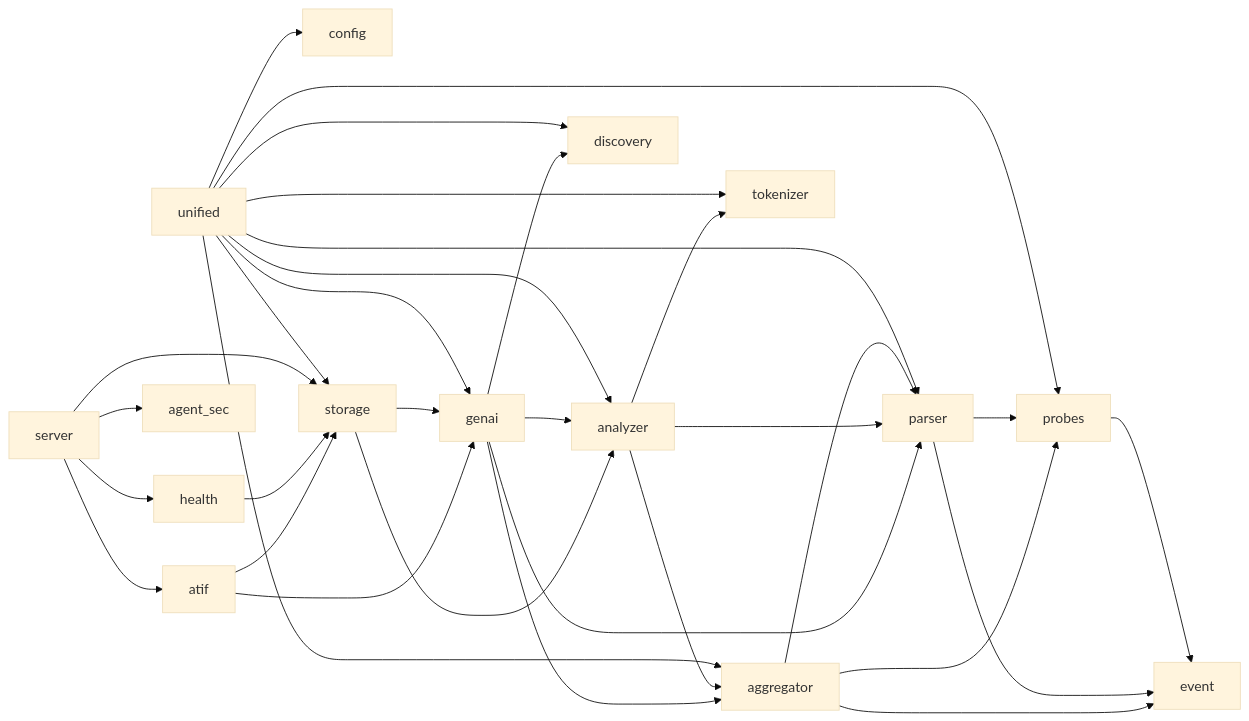
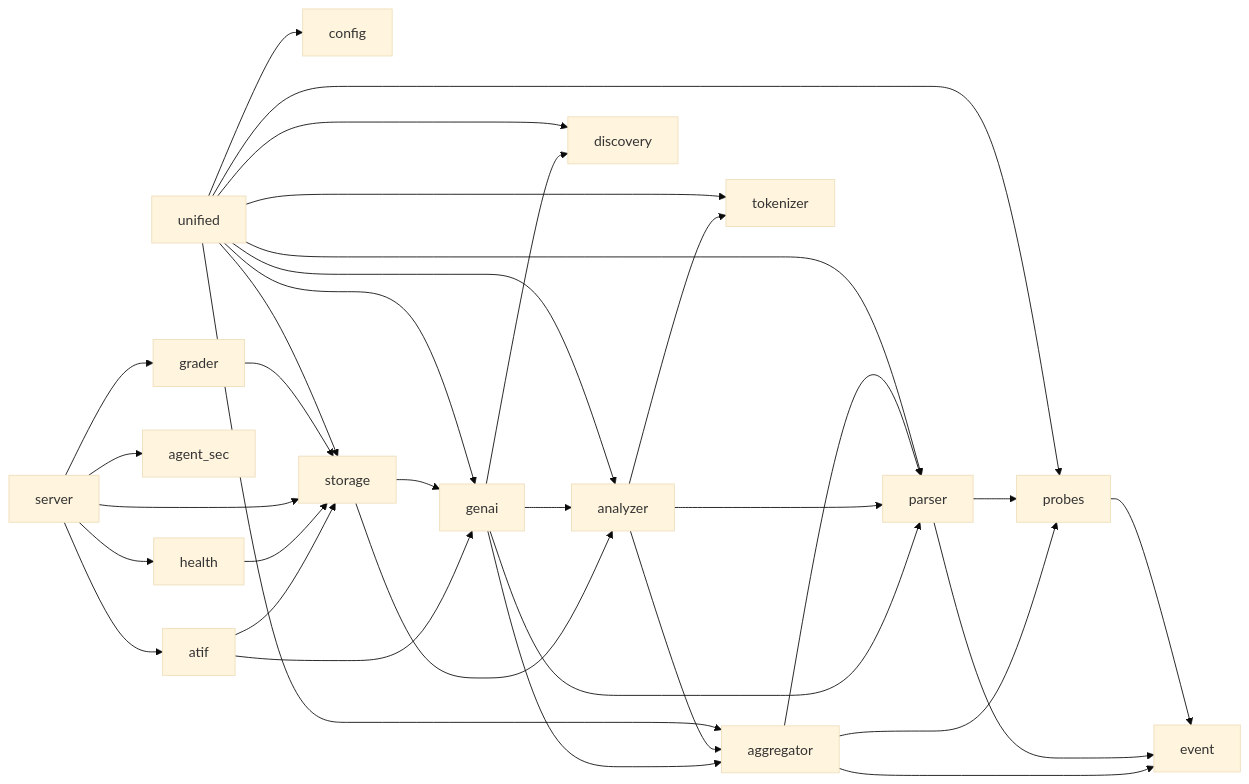
Before and after one commit to aliyun/coolbpf: the second of 3 diagrams in src/agentsight/docs/ARCHITECTURE.md, drawn with Mermaid (base theme). The commit also changed other lines of this file and 5 other files, not shown here.

````diff
--- a/src/agentsight/docs/ARCHITECTURE.md
+++ b/src/agentsight/docs/ARCHITECTURE.md
@@ -95,51 +95,54 @@
 ```mermaid
 graph LR
     config[config]
     probes[probes]
     event[event]
     parser[parser]
     aggregator[aggregator]
     analyzer[analyzer]
     tokenizer[tokenizer]
     genai[genai]
     storage[storage]
     discovery[discovery]
     health[health]
     atif[atif]
     agent_sec[agent_sec]
+    grader[grader]
     server[server]
     unified[unified]
 
     unified --> config
     unified --> probes
     unified --> parser
     unified --> aggregator
     unified --> analyzer
     unified --> genai
     unified --> storage
     unified --> discovery
     unified --> tokenizer
 
     probes --> event
     parser --> probes
     parser --> event
     aggregator --> parser
     aggregator --> probes
     aggregator --> event
     analyzer --> aggregator
     analyzer --> tokenizer
     analyzer --> parser
     genai --> analyzer
     genai --> discovery
     genai --> aggregator
     genai --> parser
     storage --> analyzer
     storage --> genai
+    grader --> storage
     server --> storage
     server --> health
     server --> atif
     server --> agent_sec
+    server --> grader
     health --> storage
     atif --> genai
     atif --> storage
 ```
````
